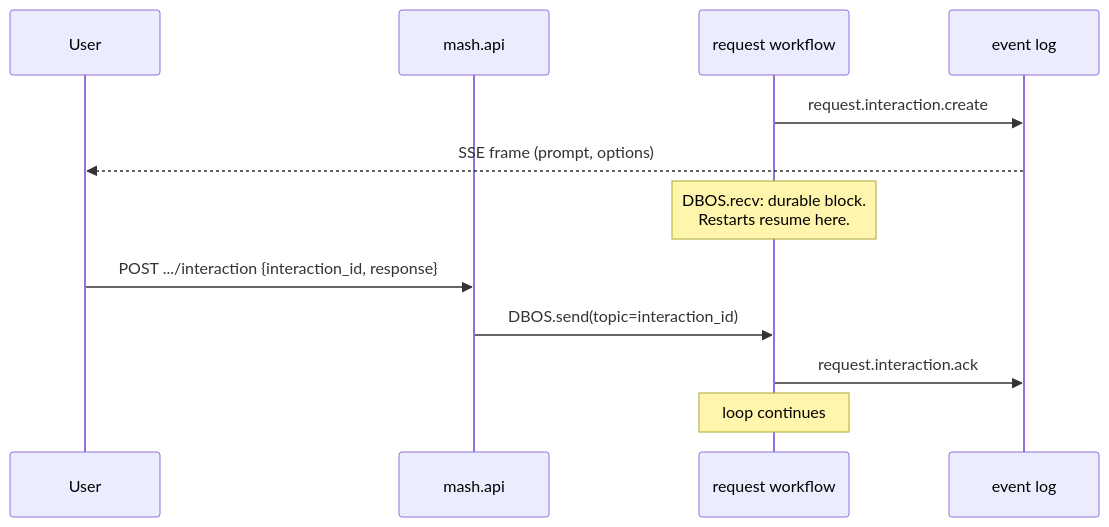
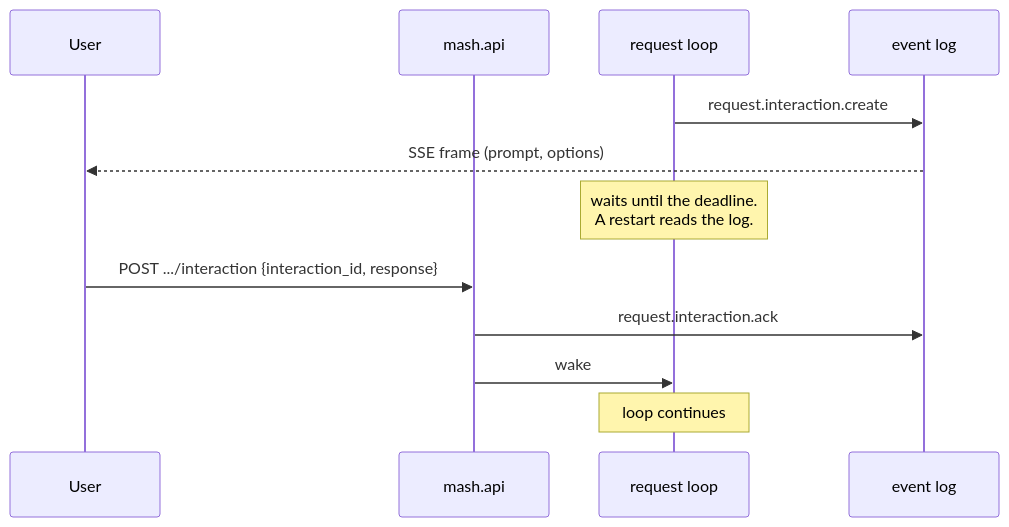
Before and after one commit to imsid/mashpy: the diagram in docs/posts/human-in-the-loop.md, drawn with Mermaid. The commit also changed other lines of this file and 92 other files, not shown here.

First line of the commit message:
feat(runtime)!: run requests and workflow runs without DBOS (#258)

````diff
--- a/docs/posts/human-in-the-loop.md
+++ b/docs/posts/human-in-the-loop.md
@@ -134,15 +126,15 @@
 ```mermaid
 sequenceDiagram
     participant User
     participant API as mash.api
-    participant WF as request workflow
+    participant WF as request loop
     participant Log as event log
 
     WF->>Log: request.interaction.create
     Log-->>User: SSE frame (prompt, options)
-    Note over WF: DBOS.recv: durable block.<br/>Restarts resume here.
+    Note over WF: waits until the deadline.<br/>A restart reads the log.
     User->>API: POST .../interaction {interaction_id, response}
-    API->>WF: DBOS.send(topic=interaction_id)
-    WF->>Log: request.interaction.ack
+    API->>Log: request.interaction.ack
+    API->>WF: wake
     Note over WF: loop continues
 ```
````
